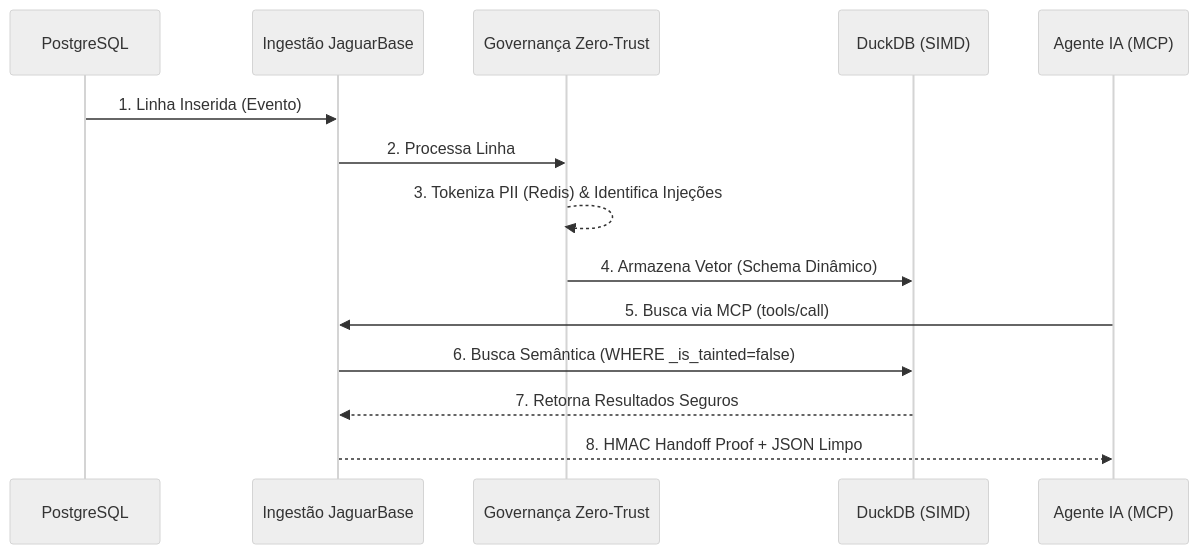
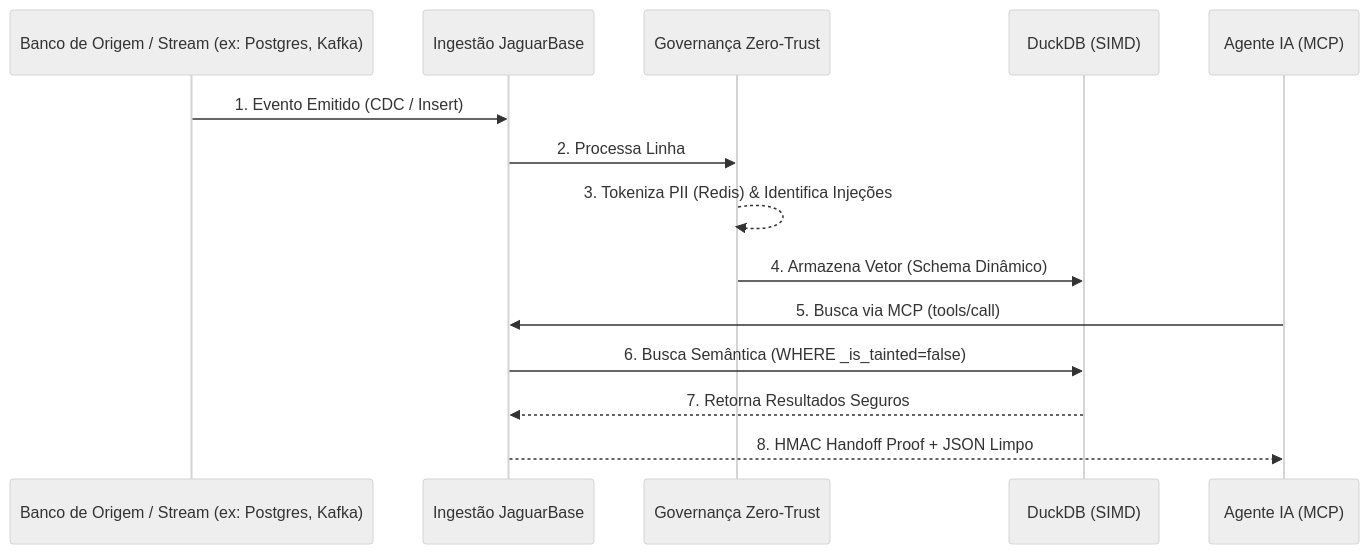
The second of 2 diagrams in README.pt-BR.md (andrewbraga1/jaguarbase), drawn with Mermaid (neutral theme) before and after one commit. The commit also changed other lines of this file and 1 other file, not shown here.

Commit message:
docs: update architecture to agnostic system of record and add AppSec hardening details

````diff
--- a/README.pt-BR.md
+++ b/README.pt-BR.md
@@ -47,17 +48,17 @@
 ```mermaid
 sequenceDiagram
-    participant PG as PostgreSQL
+    participant Source as Banco de Origem / Stream (ex: Postgres, Kafka)
     participant JB as Ingestão JaguarBase
     participant Gov as Governança Zero-Trust
     participant DDB as DuckDB (SIMD)
     participant Agent as Agente IA (MCP)
 
-    PG->>JB: 1. Linha Inserida (Evento)
+    Source->>JB: 1. Evento Emitido (CDC / Insert)
     JB->>Gov: 2. Processa Linha
     Gov-->>Gov: 3. Tokeniza PII (Redis) & Identifica Injeções
     Gov->>DDB: 4. Armazena Vetor (Schema Dinâmico)
     Agent->>JB: 5. Busca via MCP (tools/call)
     JB->>DDB: 6. Busca Semântica (WHERE _is_tainted=false)
     DDB-->>JB: 7. Retorna Resultados Seguros
     JB-->>Agent: 8. HMAC Handoff Proof + JSON Limpo
 ```
````
